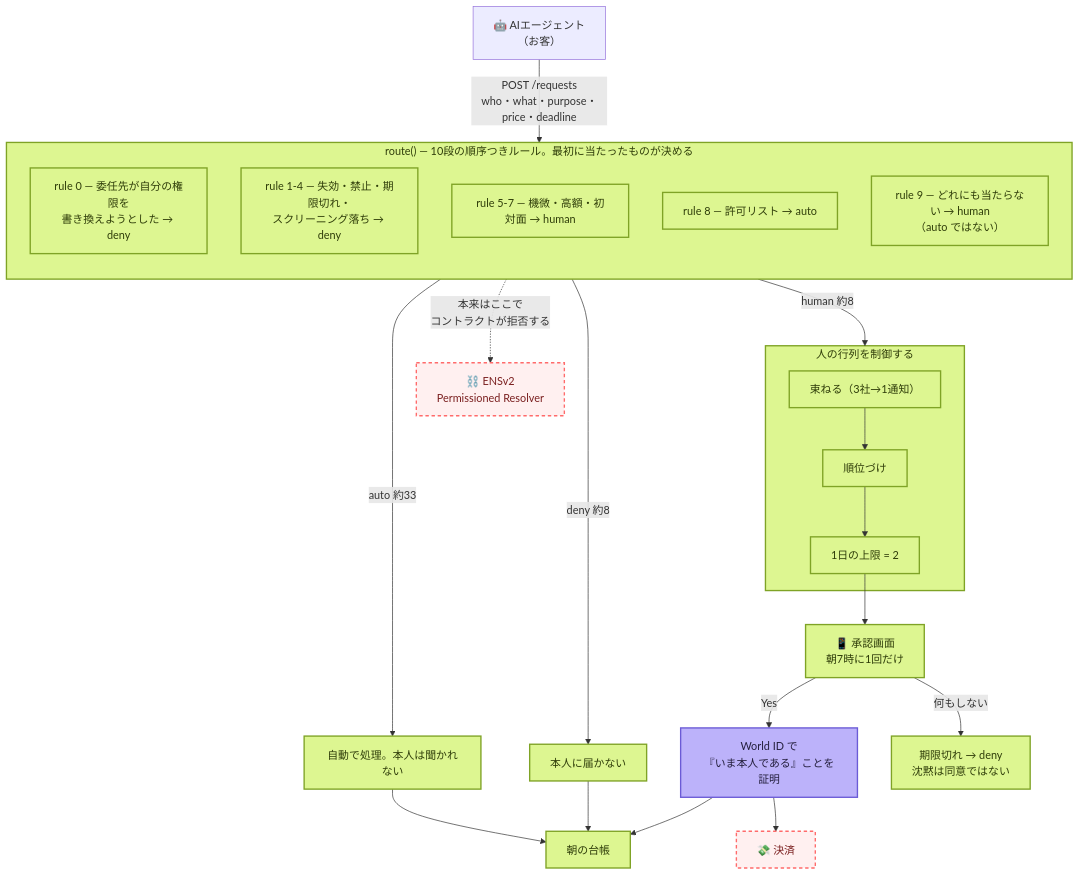
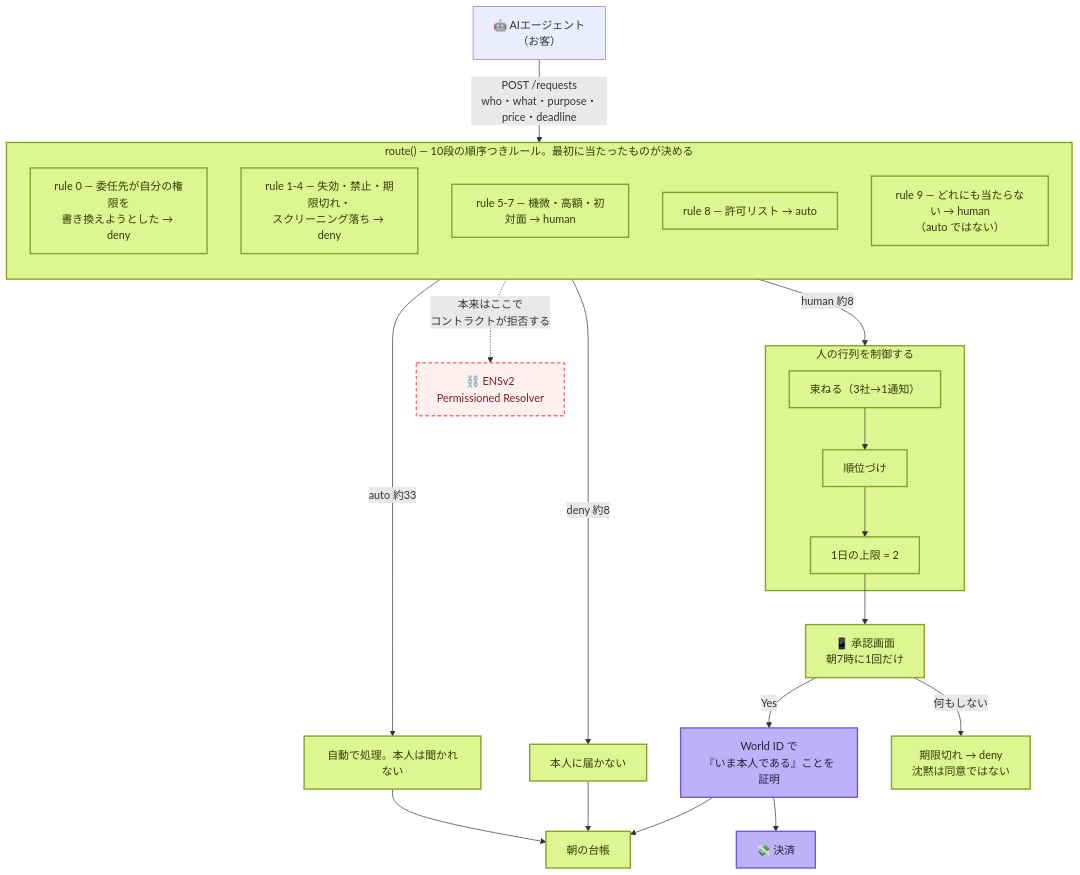
Before and after one commit to kou-uni/ethglobal-tokyo2026-uni: the diagram in docs/README.md, drawn with Mermaid. The commit also changed other lines of this file and 5 other files, not shown here.

````diff
--- a/docs/README.md
+++ b/docs/README.md
@@ -14,38 +14,38 @@
 ```mermaid
 flowchart TB
   A["🤖 AIエージェント<br/>（お客）"] -->|"POST /requests<br/>who・what・purpose・price・deadline"| R
 
   subgraph R["route() — 10段の順序つきルール。最初に当たったものが決める"]
     direction TB
     R0["rule 0 — 委任先が自分の権限を<br/>書き換えようとした → deny"]
     R15["rule 1-4 — 失効・禁止・期限切れ・<br/>スクリーニング落ち → deny"]
     R56["rule 5-7 — 機微・高額・初対面 → human"]
     R8["rule 8 — 許可リスト → auto"]
     R9["rule 9 — どれにも当たらない → human<br/>（auto ではない）"]
   end
 
   R -->|auto 約33| S["自動で処理。本人は聞かれない"]
   R -->|deny 約8| D["本人に届かない"]
   R -->|human 約8| Q
 
   subgraph Q["人の行列を制御する"]
     Q1["束ねる（3社→1通知）"] --> Q2["順位づけ"] --> Q3["1日の上限 = 2"]
   end
 
   Q3 --> P["📱 承認画面<br/>朝7時に1回だけ"]
   P -->|Yes| W["World ID で<br/>『いま本人である』ことを証明"]
   P -->|"何もしない"| X["期限切れ → deny<br/>沈黙は同意ではない"]
   W --> M["💸 決済"]
   S --> L["朝の台帳"]
   D --> L
   W --> L
 
   R0 -.->|"本来はここで<br/>コントラクトが拒否する"| E["⛓️ ENSv2<br/>Permissioned Resolver"]
 
   classDef done fill:#DDF691,stroke:#7FA326,stroke-width:2px,color:#2F3D09
   classDef live fill:#BCB2FA,stroke:#6B5BD6,stroke-width:2px,color:#241f3d
   classDef todo fill:#FFF0F0,stroke:#FF6B6B,stroke-width:2px,stroke-dasharray:5 4,color:#7a1f1f
   class R,R0,R15,R56,R8,R9,Q,Q1,Q2,Q3,S,D,X,L,P done
-  class W live
-  class M,E todo
+  class W,M live
+  class E todo
 ```
````
